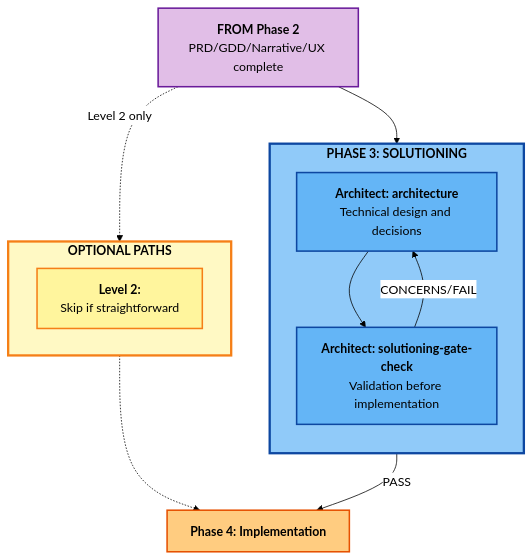
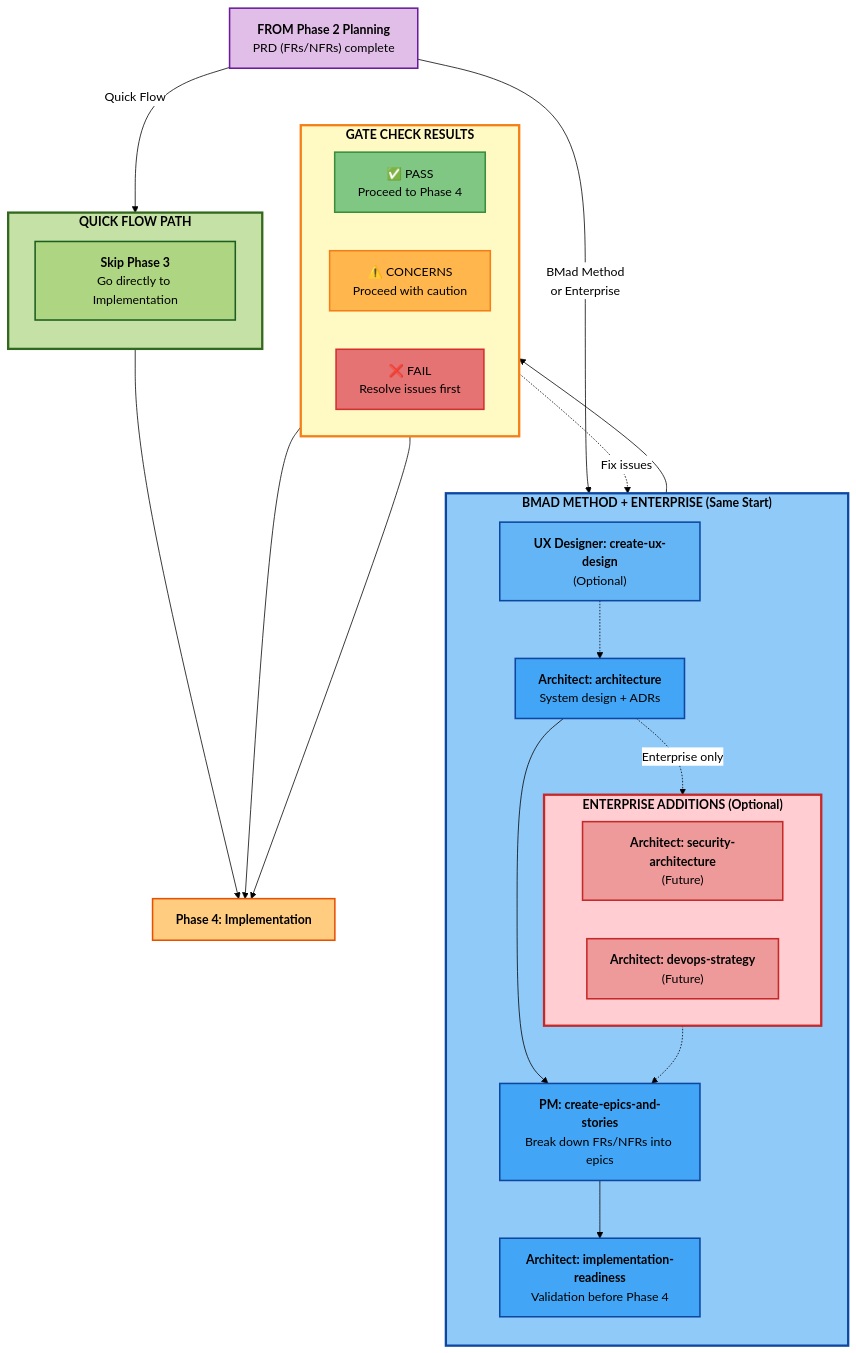
Before and after one commit to glennlugod/hl7-capture: the diagram in bmad/bmm/docs/workflows-solutioning.md, drawn with Mermaid. The commit also changed other lines of this file and 218 other files, not shown here.

````diff
--- a/bmad/bmm/docs/workflows-solutioning.md
+++ b/bmad/bmm/docs/workflows-solutioning.md
@@ -13,32 +19,65 @@
 ```mermaid
 %%{init: {'theme':'base', 'themeVariables': { 'primaryColor':'#fff','primaryTextColor':'#000','primaryBorderColor':'#000','lineColor':'#000','fontSize':'16px','fontFamily':'arial'}}}%%
 graph TB
-    FromPRD["<b>FROM Phase 2</b><br/>PRD/GDD/Narrative/UX complete"]
+    FromPlanning["<b>FROM Phase 2 Planning</b><br/>PRD (FRs/NFRs) complete"]
 
-    subgraph Solutioning["<b>PHASE 3: SOLUTIONING</b>"]
+    subgraph QuickFlow["<b>QUICK FLOW PATH</b>"]
         direction TB
-        Architecture["<b>Architect: architecture</b><br/>Technical design and decisions"]
-        GateCheck["<b>Architect: solutioning-gate-check</b><br/>Validation before implementation"]
+        SkipArch["<b>Skip Phase 3</b><br/>Go directly to Implementation"]
     end
 
-    subgraph Optional["<b>OPTIONAL PATHS</b>"]
-        direction LR
-        Level2Skip["<b>Level 2:</b><br/>Skip if straightforward"]
+    subgraph BMadEnterprise["<b>BMAD METHOD + ENTERPRISE (Same Start)</b>"]
+        direction TB
+        OptionalUX["<b>UX Designer: create-ux-design</b><br/>(Optional)"]
+        Architecture["<b>Architect: architecture</b><br/>System design + ADRs"]
+
+        subgraph Optional["<b>ENTERPRISE ADDITIONS (Optional)</b>"]
+            direction LR
+            SecArch["<b>Architect: security-architecture</b><br/>(Future)"]
+            DevOps["<b>Architect: devops-strategy</b><br/>(Future)"]
+        end
+
+        EpicsStories["<b>PM: create-epics-and-stories</b><br/>Break down FRs/NFRs into epics"]
+        GateCheck["<b>Architect: implementation-readiness</b><br/>Validation before Phase 4"]
+
+        OptionalUX -.-> Architecture
+        Architecture -.->|Enterprise only| Optional
+        Architecture --> EpicsStories
+        Optional -.-> EpicsStories
+        EpicsStories --> GateCheck
     end
 
-    FromPRD --> Architecture
-    Architecture --> GateCheck
-    GateCheck -->|PASS| Phase4["<b>Phase 4: Implementation</b>"]
-    GateCheck -->|CONCERNS/FAIL| Architecture
-    FromPRD -.->|Level 2 only| Level2Skip
-    Level2Skip -.-> Phase4
+    subgraph Result["<b>GATE CHECK RESULTS</b>"]
+        direction LR
+        Pass["✅ PASS<br/>Proceed to Phase 4"]
+        Concerns["⚠️ CONCERNS<br/>Proceed with caution"]
+        Fail["❌ FAIL<br/>Resolve issues first"]
+    end
 
-    style FromPRD fill:#e1bee7,stroke:#6a1b9a,stroke-width:2px,color:#000
-    style Solutioning fill:#90caf9,stroke:#0d47a1,stroke-width:3px,color:#000
-    style Optional fill:#fff9c4,stroke:#f57f17,stroke-width:3px,color:#000
+    FromPlanning -->|Quick Flow| QuickFlow
+    FromPlanning -->|BMad Method<br/>or Enterprise| OptionalUX
+
+    QuickFlow --> Phase4["<b>Phase 4: Implementation</b>"]
+    GateCheck --> Result
+    Pass --> Phase4
+    Concerns --> Phase4
+    Fail -.->|Fix issues| Architecture
+
+    style FromPlanning fill:#e1bee7,stroke:#6a1b9a,stroke-width:2px,color:#000
+    style QuickFlow fill:#c5e1a5,stroke:#33691e,stroke-width:3px,color:#000
+    style BMadEnterprise fill:#90caf9,stroke:#0d47a1,stroke-width:3px,color:#000
+    style Optional fill:#ffcdd2,stroke:#c62828,stroke-width:3px,color:#000
+    style Result fill:#fff9c4,stroke:#f57f17,stroke-width:3px,color:#000
     style Phase4 fill:#ffcc80,stroke:#e65100,stroke-width:2px,color:#000
 
-    style Architecture fill:#64b5f6,stroke:#0d47a1,stroke-width:2px,color:#000
-    style GateCheck fill:#64b5f6,stroke:#0d47a1,stroke-width:2px,color:#000
-    style Level2Skip fill:#fff59d,stroke:#f57f17,stroke-width:2px,color:#000
+    style SkipArch fill:#aed581,stroke:#1b5e20,stroke-width:2px,color:#000
+    style OptionalUX fill:#64b5f6,stroke:#0d47a1,stroke-width:2px,color:#000
+    style Architecture fill:#42a5f5,stroke:#0d47a1,stroke-width:2px,color:#000
+    style SecArch fill:#ef9a9a,stroke:#c62828,stroke-width:2px,color:#000
+    style DevOps fill:#ef9a9a,stroke:#c62828,stroke-width:2px,color:#000
+    style EpicsStories fill:#42a5f5,stroke:#0d47a1,stroke-width:2px,color:#000
+    style GateCheck fill:#42a5f5,stroke:#0d47a1,stroke-width:2px,color:#000
+    style Pass fill:#81c784,stroke:#388e3c,stroke-width:2px,color:#000
+    style Concerns fill:#ffb74d,stroke:#f57f17,stroke-width:2px,color:#000
+    style Fail fill:#e57373,stroke:#d32f2f,stroke-width:2px,color:#000
 ```
````
